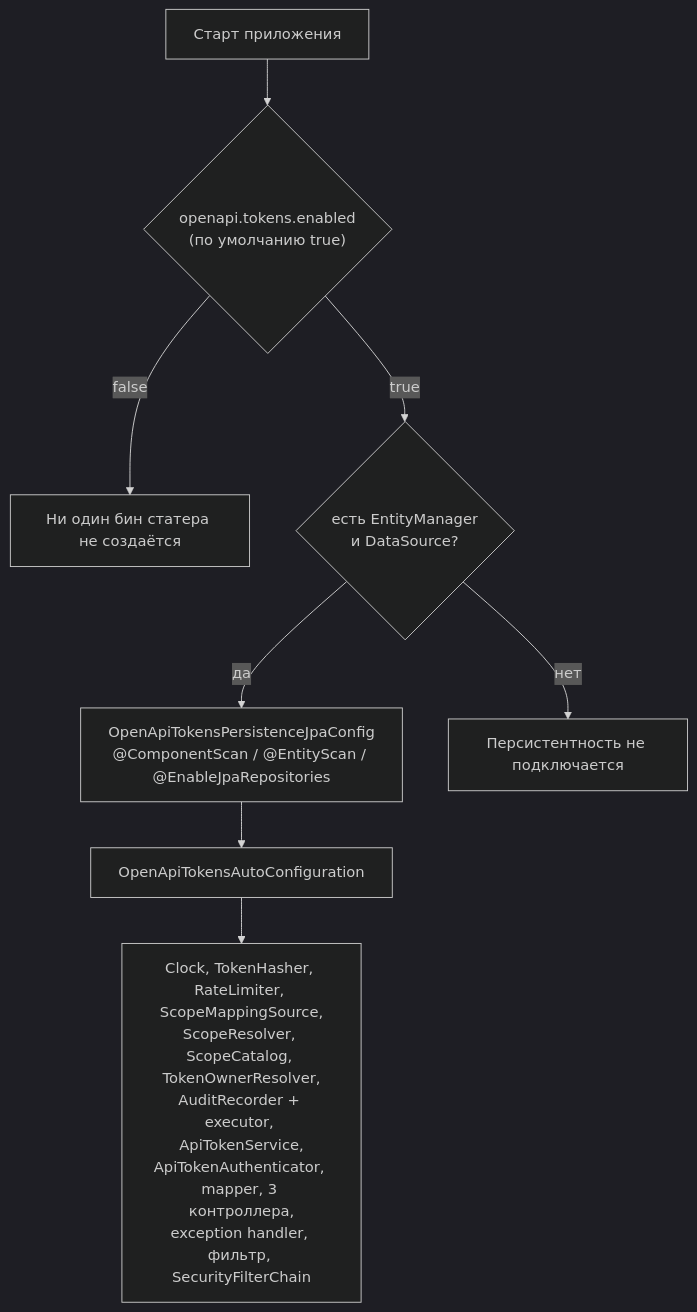
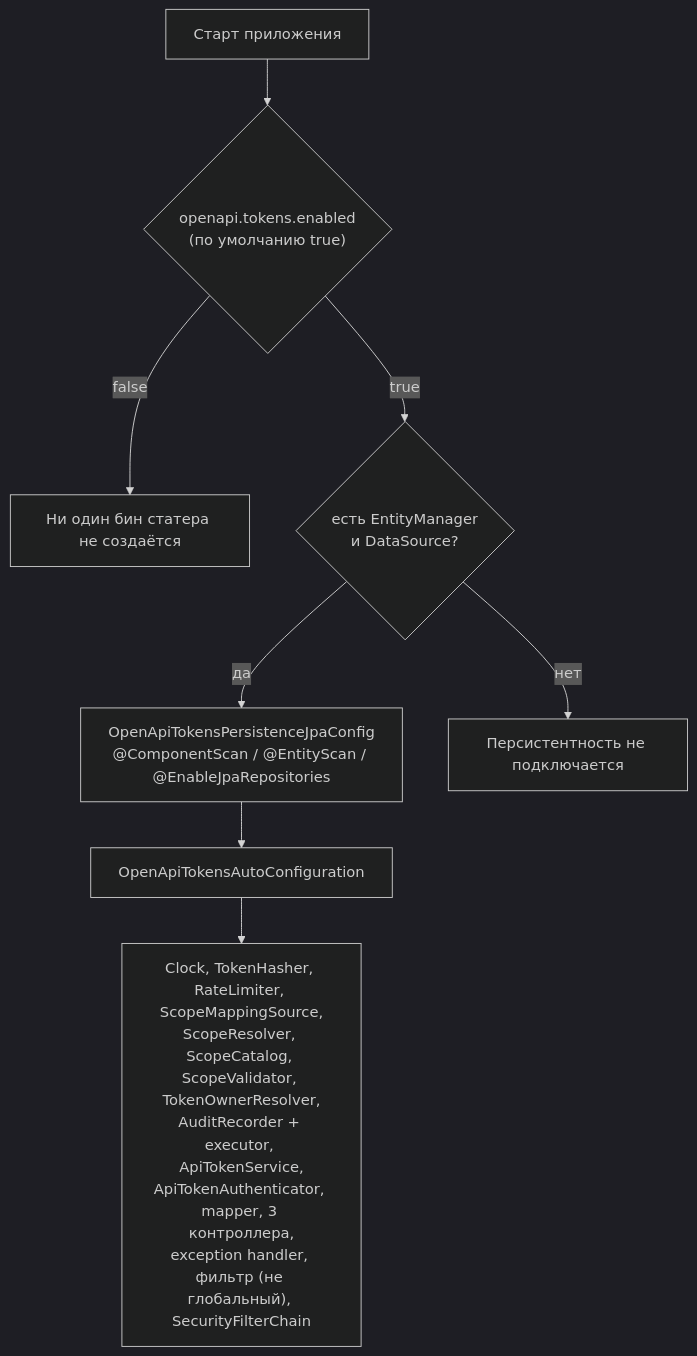
Before and after one commit to fso13/open-api-lib: the second of 6 diagrams in docs/architecture/index.md, drawn with Mermaid (dark theme). The commit also changed other lines of this file and 109 other files, not shown here.

First line of the commit message:
feat(security)!: validate scopes, harden token lifecycle and build

````diff
--- a/docs/architecture/index.md
+++ b/docs/architecture/index.md
@@ -110,10 +111,10 @@
 ```mermaid
 flowchart TD
     START["Старт приложения"] --> P{"openapi.tokens.enabled<br/>(по умолчанию true)"}
     P -- false --> NONE["Ни один бин статера не создаётся"]
     P -- true --> PERS{"есть EntityManager<br/>и DataSource?"}
     PERS -- да --> JPACFG["OpenApiTokensPersistenceJpaConfig<br/>@ComponentScan / @EntityScan / @EnableJpaRepositories"]
     PERS -- нет --> SKIP["Персистентность не подключается"]
     JPACFG --> MAIN["OpenApiTokensAutoConfiguration"]
-    MAIN --> BEANS["Clock, TokenHasher, RateLimiter, ScopeMappingSource,<br/>ScopeResolver, ScopeCatalog, TokenOwnerResolver,<br/>AuditRecorder + executor, ApiTokenService,<br/>ApiTokenAuthenticator, mapper, 3 контроллера,<br/>exception handler, фильтр, SecurityFilterChain"]
+    MAIN --> BEANS["Clock, TokenHasher, RateLimiter, ScopeMappingSource,<br/>ScopeResolver, ScopeCatalog, ScopeValidator, TokenOwnerResolver,<br/>AuditRecorder + executor, ApiTokenService,<br/>ApiTokenAuthenticator, mapper, 3 контроллера,<br/>exception handler, фильтр (не глобальный), SecurityFilterChain"]
 ```
````
